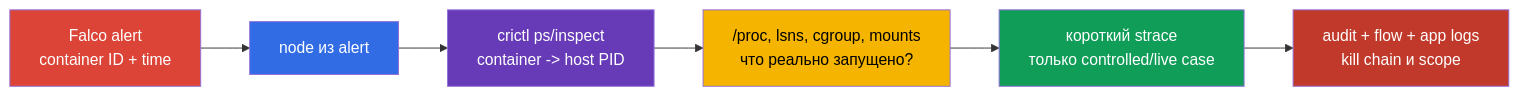
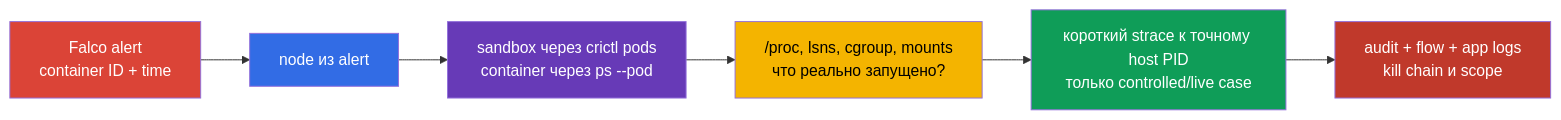
The third of 3 diagrams in tasks/cks/course/30/ru.md (ViktorUJ/cks), drawn with Mermaid before and after one commit. The commit also changed other lines of this file and 32 other files, not shown here.

````diff
--- a/tasks/cks/course/30/ru.md
+++ b/tasks/cks/course/30/ru.md
@@ -286,14 +350,14 @@
 ```mermaid
 flowchart LR
     alert["Falco alert\ncontainer ID + time"] --> node["node из alert"]
-    node --> cri["crictl ps/inspect\ncontainer -> host PID"]
+    node --> cri["sandbox через crictl pods\ncontainer через ps --pod"]
     cri --> proc["/proc, lsns, cgroup, mounts\nчто реально запущено?"]
-    proc --> trace["короткий strace\nтолько controlled/live case"]
+    proc --> trace["короткий strace к точному host PID\nтолько controlled/live case"]
     trace --> correlate["audit + flow + app logs\nkill chain и scope"]
     style alert fill:#db4437,color:#fff
     style node fill:#326ce5,color:#fff
     style cri fill:#673ab7,color:#fff
     style proc fill:#f4b400,color:#000
     style trace fill:#0f9d58,color:#fff
     style correlate fill:#c0392b,color:#fff
 ```
````
